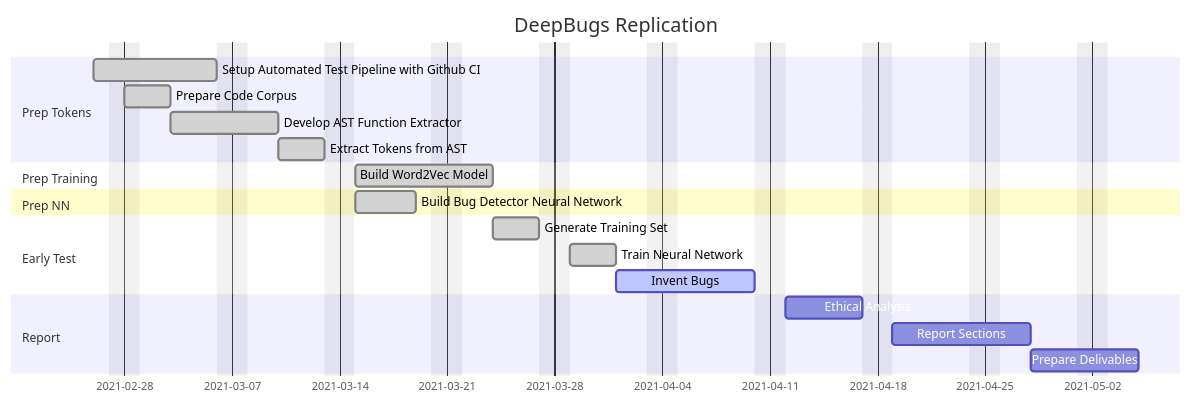
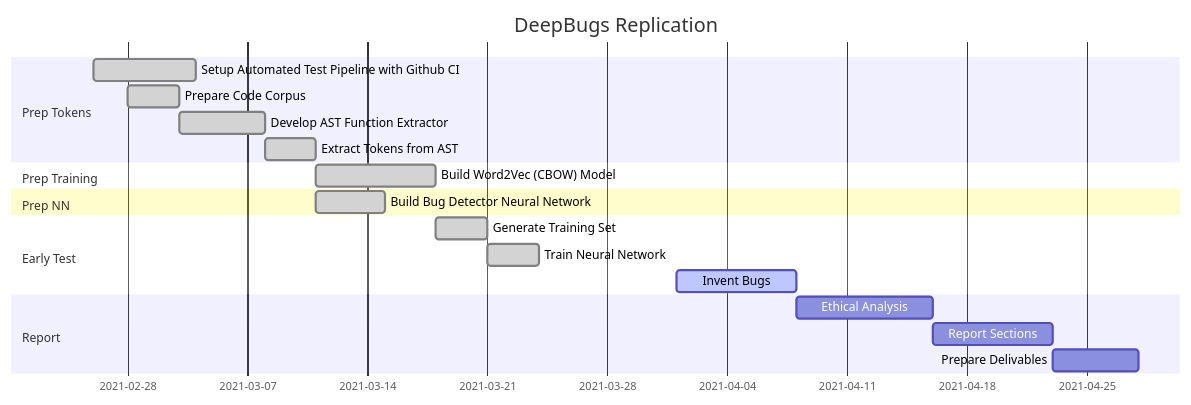
Before and after one commit to PurdueDualityLab/deepbugs-jr: the second of 2 diagrams in README.md, drawn with Mermaid. The commit also changed other lines of this file, not shown here.

````diff
--- a/README.md
+++ b/README.md
@@ -12,24 +35,22 @@
 ```mermaid
 gantt
     title DeepBugs Replication
         dateFormat YYYY-MM-DD
-        excludes Saturday, Sunday
         section Prep Tokens
             Setup Automated Test Pipeline with Github CI       :done, p1, 2021-02-26, 6d
             Prepare Code Corpus                                :done, p2, 2021-02-28, 3d 
             Develop AST Function Extractor                     :done, p3, after p2, 5d
             Extract Tokens from AST                            :done, p4, after p3, 3d
         section Prep Training
-            Build Word2Vec Model                               :done, w1, after p4, 7d
+            Build Word2Vec (CBOW) Model                               :done, w1, after p4, 7d
         section Prep NN
             Build Bug Detector Neural Network                  :done, b1, after p4, 4d
         section Early Test
             Generate Training Set                              :done, e1, after w1, 3d
             Train Neural Network                               :done, e2, after e1, 3d
             Invent Bugs                                        :active, e3, 2021-04-01, 7d
         section Report
-            Ethical Analysis                                   :      r1, after e3, 5d
+            Ethical Analysis                                   :      r1, after e3, 8d
             Report Sections                                    :      r2, after r1, 7d
-            Prepare Delivables                                 :      r3, after r2, 5d
-            
+            Prepare Delivables                                 :      r3, after r2, 5d       
 ```
````
